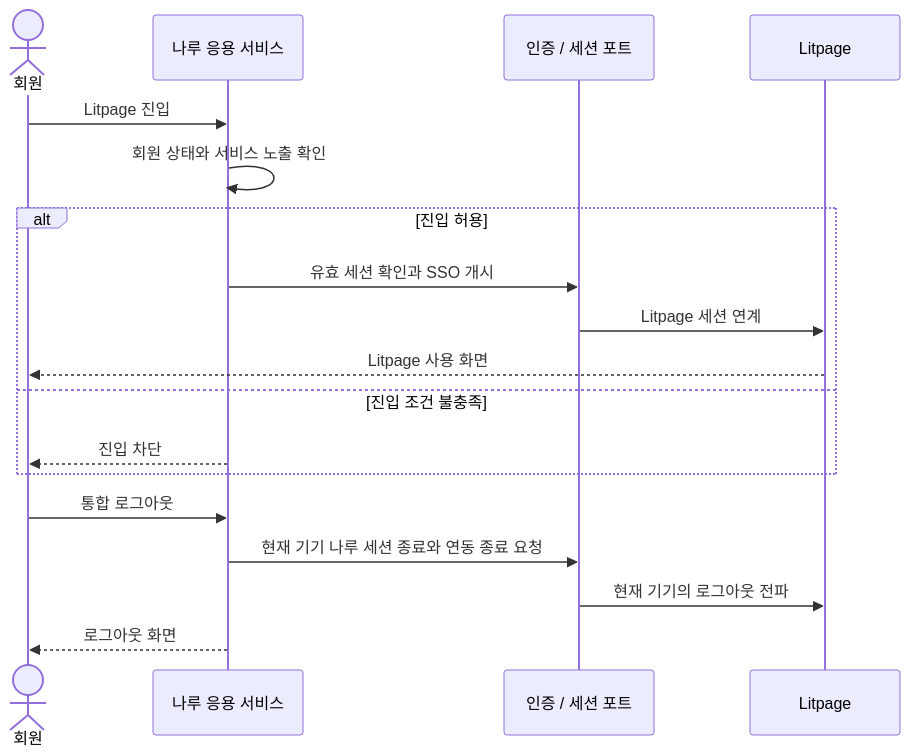
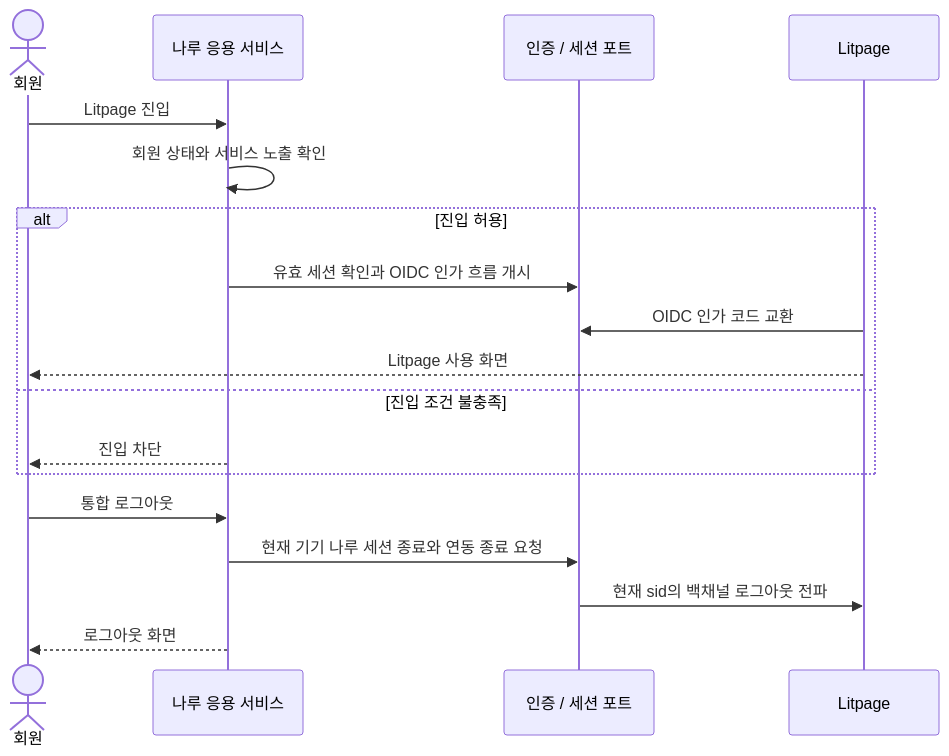
The sixth of 7 diagrams in docs/02-architecture/05-architecture.md (HoBaeBang/naruworks-platform), drawn with Mermaid before and after one commit. The commit also changed other lines of this file and 12 other files, not shown here.

````diff
--- a/docs/02-architecture/05-architecture.md
+++ b/docs/02-architecture/05-architecture.md
@@ -202,20 +203,20 @@
 ```mermaid
 sequenceDiagram
     actor M as 회원
     participant N as 나루 응용 서비스
     participant I as 인증 / 세션 포트
     participant L as Litpage
     M->>N: Litpage 진입
     N->>N: 회원 상태와 서비스 노출 확인
     alt 진입 허용
-        N->>I: 유효 세션 확인과 SSO 개시
-        I->>L: Litpage 세션 연계
+        N->>I: 유효 세션 확인과 OIDC 인가 흐름 개시
+        L->>I: OIDC 인가 코드 교환
         L-->>M: Litpage 사용 화면
     else 진입 조건 불충족
         N-->>M: 진입 차단
     end
     M->>N: 통합 로그아웃
     N->>I: 현재 기기 나루 세션 종료와 연동 종료 요청
-    I->>L: 현재 기기의 로그아웃 전파
+    I->>L: 현재 sid의 백채널 로그아웃 전파
     N-->>M: 로그아웃 화면
 ```
````
